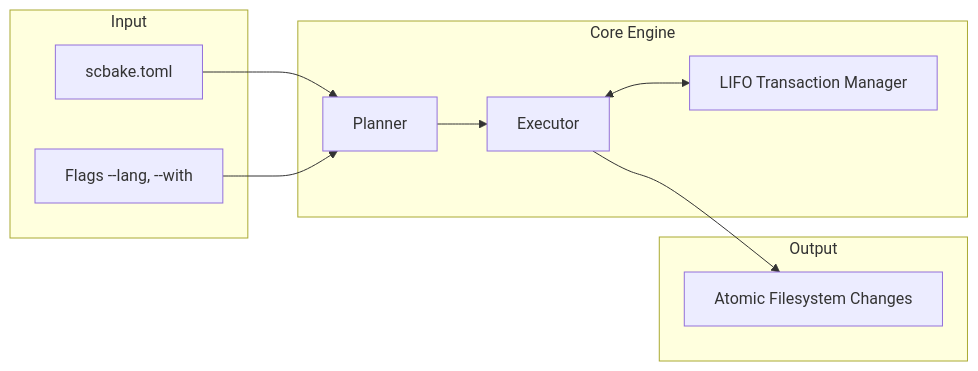
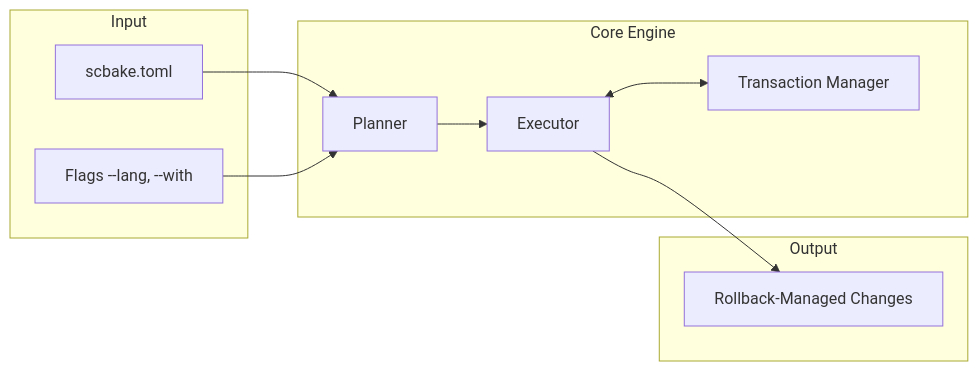
The diagram in README.md (Emin-ACIKGOZ/scbake), drawn with Mermaid before and after one commit. The commit also changed other lines of this file and 3 other files, not shown here.

````diff
--- a/README.md
+++ b/README.md
@@ -10,23 +10,23 @@
 ```mermaid
 graph LR
     subgraph Input
     M[scbake.toml]
     F[Flags --lang, --with]
     end
 
     subgraph Core Engine
     P[Planner]
     E[Executor]
-    TX[LIFO Transaction Manager]
+    TX[Transaction Manager]
     end
 
     subgraph Output
-    FS[Atomic Filesystem Changes]
+    FS[Rollback-Managed Changes]
     end
 
     M --> P
     F --> P
     P --> E
     E <--> TX
     E --> FS
 ```
````
